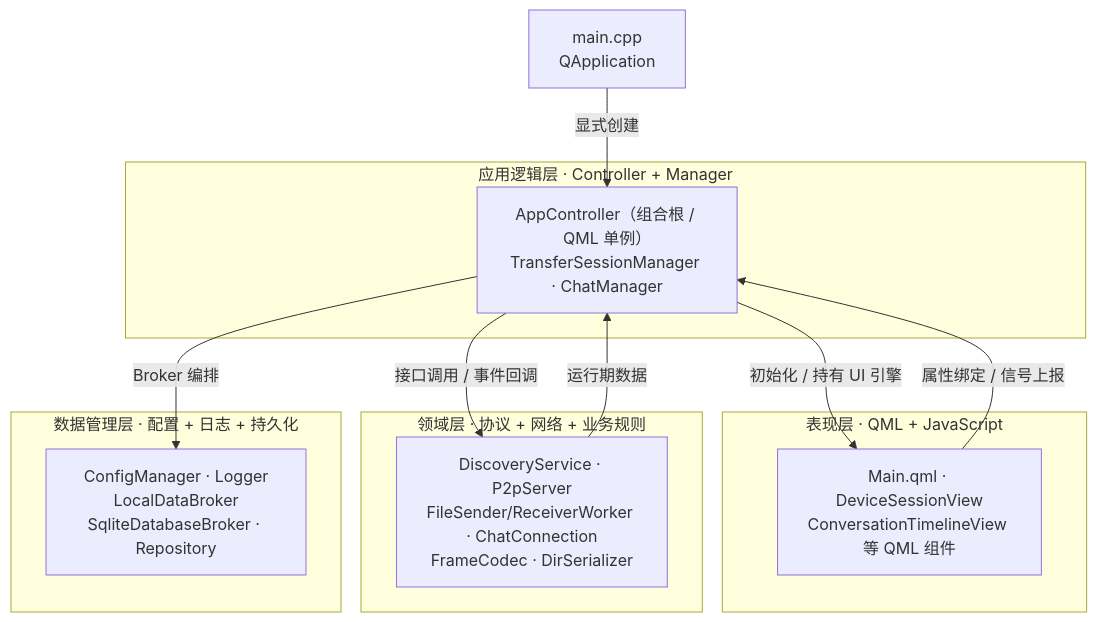
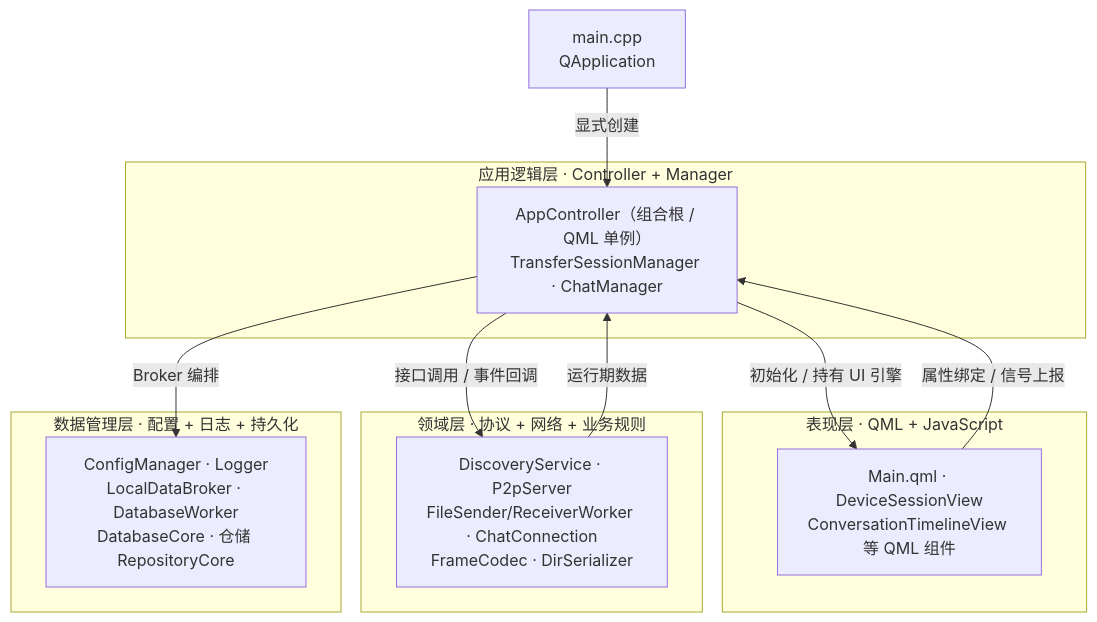
One commit to Gsheep0729/GridYard changed the first of 9 diagrams in README.md. Above: the diagram before and after it, drawn with Mermaid. The commit also changed other lines of this file and 4 other files, not shown here.

````diff
--- a/README.md
+++ b/README.md
@@ -146,23 +146,23 @@
 ```mermaid
 graph TD
     ENTRY["main.cpp<br/>QApplication"]
     subgraph 表现层["表现层 · QML + JavaScript"]
         UI["Main.qml · DeviceSessionView<br/>ConversationTimelineView 等 QML 组件"]
     end
     subgraph 应用逻辑层["应用逻辑层 · Controller + Manager"]
         APP["AppController（组合根 / QML 单例）<br/>TransferSessionManager · ChatManager"]
     end
     subgraph 领域层["领域层 · 协议 + 网络 + 业务规则"]
         DOM["DiscoveryService · P2pServer<br/>FileSender/ReceiverWorker · ChatConnection<br/>FrameCodec · DirSerializer"]
     end
     subgraph 数据管理层["数据管理层 · 配置 + 日志 + 持久化"]
-        DATA["ConfigManager · Logger<br/>LocalDataBroker<br/>SqliteDatabaseBroker · Repository"]
+        DATA["ConfigManager · Logger<br/>LocalDataBroker · DatabaseWorker<br/>DatabaseCore · 仓储 RepositoryCore"]
     end
 
     ENTRY -->|"显式创建"| APP
     APP -->|"初始化 / 持有 UI 引擎"| UI
     UI -->|"属性绑定 / 信号上报"| APP
     APP -->|"接口调用 / 事件回调"| DOM
     APP -->|"Broker 编排"| DATA
     DOM -->|"运行期数据"| APP
 ```
````
